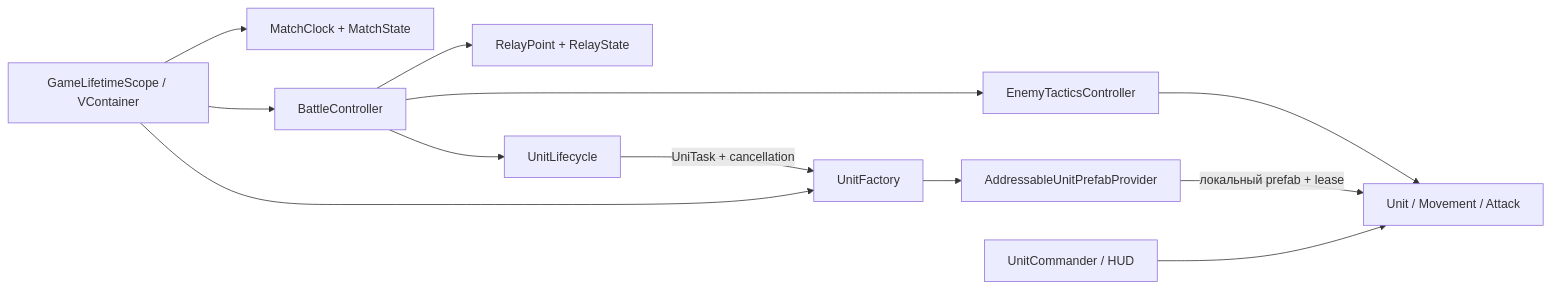
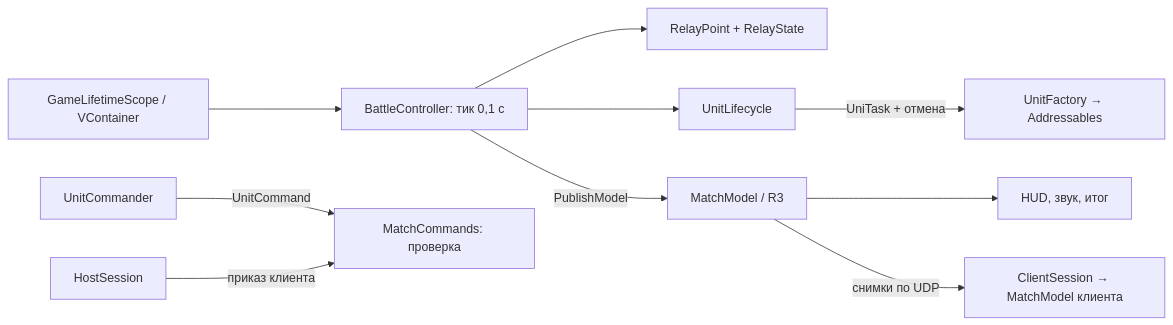
The diagram in README.md (ZheleznovAG/SectorLab), drawn with Mermaid before and after one commit. The commit also changed other lines of this file and 45 other files, not shown here.

````diff
--- a/README.md
+++ b/README.md
@@ -47,14 +37,12 @@
 ```mermaid
 flowchart LR
-    Scope[GameLifetimeScope / VContainer] --> State[MatchClock + MatchState]
-    Scope --> Battle[BattleController]
-    Scope --> Factory[UnitFactory]
+    Scope[GameLifetimeScope / VContainer] --> Battle[BattleController: тик 0,1 с]
     Battle --> Relays[RelayPoint + RelayState]
-    Battle --> AI[EnemyTacticsController]
     Battle --> Life[UnitLifecycle]
-    Life -->|UniTask + cancellation| Factory
-    Factory --> Provider[AddressableUnitPrefabProvider]
-    Provider -->|локальный prefab + lease| Unit[Unit / Movement / Attack]
-    Commander[UnitCommander / HUD] --> Unit
-    AI --> Unit
+    Life -->|UniTask + отмена| Factory[UnitFactory → Addressables]
+    Battle -->|PublishModel| Model[MatchModel / R3]
+    Model --> View[HUD, звук, итог]
+    Commander[UnitCommander] -->|UnitCommand| Commands[MatchCommands: проверка]
+    Host[HostSession] -->|приказ клиента| Commands
+    Model -->|снимки по UDP| Client[ClientSession → MatchModel клиента]
 ```
````
